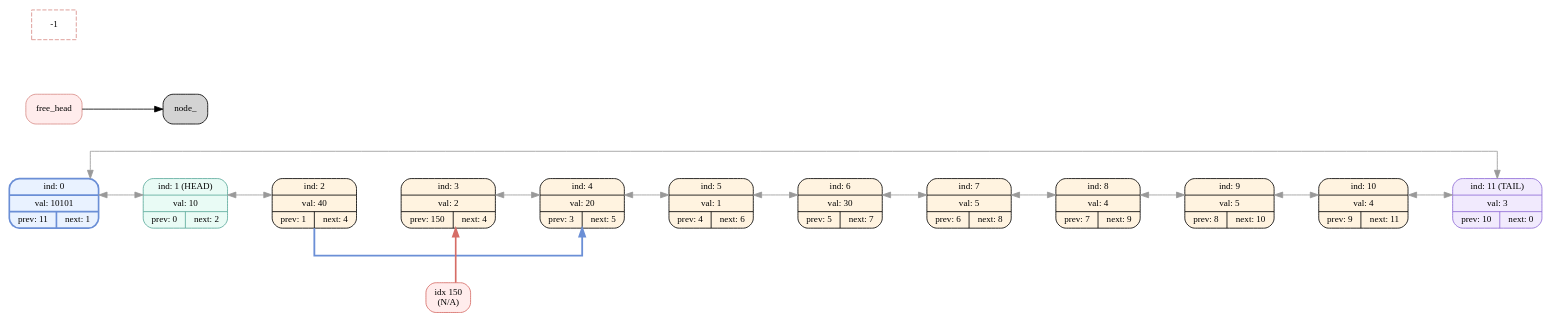
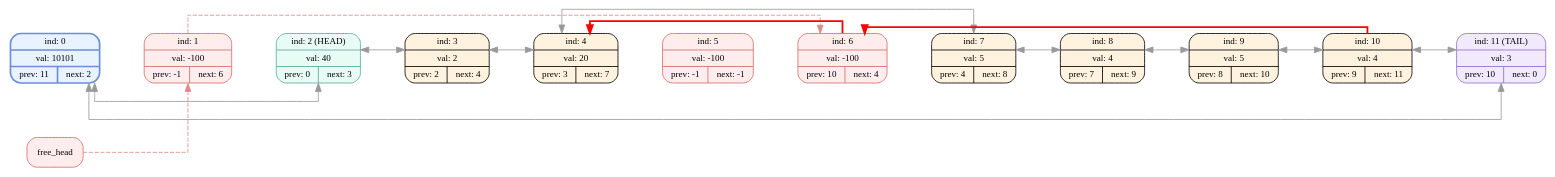
Before and after one commit to EvilTomato9890/DEAD_List: the diagram in dumps/dump_006.dot, drawn with Graphviz. The commit also changed 41 other files, not shown here.

```diff
--- a/dumps/dump_006.dot
+++ b/dumps/dump_006.dot
@@ -1,48 +1,44 @@
 digraph G{
   rankdir=LR;
   splines=ortho;
   nodesep=0.9;
   ranksep=0.75;
   node [fontname="Fira Mono",shape=record,style="filled,rounded",fontsize=11];
-  node_0[shape=record,label="ind: 0 | val: 10101 | { prev: 11 | next: 1 }",color="#6b8fd6",style="filled,bold,rounded",fillcolor="#e9f2ff"];
-  node_1[shape=record,label=" ind: 1 (HEAD) | val: 10 | { prev: 0 | next: 2 } ",color="#5aa99b",fillcolor="#e9fbf5"];
-  node_2[shape=record,label=" ind: 2 | val: 40 | { prev: 1 | next: 4 } ",color="#000000",fillcolor="#fff3e0"];
-  node_3[shape=record,label=" ind: 3 | val: 2 | { prev: 150 | next: 4 } ",color="#000000",fillcolor="#fff3e0"];
-  node_4[shape=record,label=" ind: 4 | val: 20 | { prev: 3 | next: 5 } ",color="#000000",fillcolor="#fff3e0"];
-  node_5[shape=record,label=" ind: 5 | val: 1 | { prev: 4 | next: 6 } ",color="#000000",fillcolor="#fff3e0"];
-  node_6[shape=record,label=" ind: 6 | val: 30 | { prev: 5 | next: 7 } ",color="#000000",fillcolor="#fff3e0"];
-  node_7[shape=record,label=" ind: 7 | val: 5 | { prev: 6 | next: 8 } ",color="#000000",fillcolor="#fff3e0"];
+  node_0[shape=record,label="ind: 0 | val: 10101 | { prev: 11 | next: 2 }",color="#6b8fd6",style="filled,bold,rounded",fillcolor="#e9f2ff"];
+  node_1[shape=record,label=" ind: 1 | val: -100 | { prev: -1 | next: 6 } ",style="filled,rounded",color="#d66d66",fillcolor="#ffecec"];
+  node_2[shape=record,label=" ind: 2 (HEAD) | val: 40 | { prev: 0 | next: 3 } ",color="#5aa99b",fillcolor="#e9fbf5"];
+  node_3[shape=record,label=" ind: 3 | val: 2 | { prev: 2 | next: 4 } ",color="#000000",fillcolor="#fff3e0"];
+  node_4[shape=record,label=" ind: 4 | val: 20 | { prev: 3 | next: 7 } ",color="#000000",fillcolor="#fff3e0"];
+  node_5[shape=record,label=" ind: 5 | val: -100 | { prev: -1 | next: -1 } ",style="filled,rounded",color="#d66d66",fillcolor="#ffecec"];
+  node_6[shape=record,label=" ind: 6 | val: -100 | { prev: 10 | next: 4 } ",style="filled,rounded",color="#d66d66",fillcolor="#ffecec"];
+  node_7[shape=record,label=" ind: 7 | val: 5 | { prev: 4 | next: 8 } ",color="#000000",fillcolor="#fff3e0"];
   node_8[shape=record,label=" ind: 8 | val: 4 | { prev: 7 | next: 9 } ",color="#000000",fillcolor="#fff3e0"];
   node_9[shape=record,label=" ind: 9 | val: 5 | { prev: 8 | next: 10 } ",color="#000000",fillcolor="#fff3e0"];
   node_10[shape=record,label=" ind: 10 | val: 4 | { prev: 9 | next: 11 } ",color="#000000",fillcolor="#fff3e0"];
   node_11[shape=record,label=" ind: 11 (TAIL) | val: 3 | { prev: 10 | next: 0 } ",color="#8e6bd6",fillcolor="#f1eafd"];
   node_0 -> node_1 [weight=1000,style=invis];
   node_1 -> node_2 [weight=1000,style=invis];
   node_2 -> node_3 [weight=1000,style=invis];
   node_3 -> node_4 [weight=1000,style=invis];
   node_4 -> node_5 [weight=1000,style=invis];
   node_5 -> node_6 [weight=1000,style=invis];
   node_6 -> node_7 [weight=1000,style=invis];
   node_7 -> node_8 [weight=1000,style=invis];
   node_8 -> node_9 [weight=1000,style=invis];
   node_9 -> node_10 [weight=1000,style=invis];
   node_10 -> node_11 [weight=1000,style=invis];
-  node_0 -> node_1 [dir=both, color="#999999", constraint=false];
-  node_1 -> node_2 [dir=both, color="#999999", constraint=false];
-  node_2 -> node_4 [color="#6b8fd6", penwidth=2.2, constraint=false];
+  node_1 -> node_6 [color="#d88d88", style=dashed, constraint=false];
+  node_0 -> node_2 [dir=both, color="#999999", constraint=false];
+  node_2 -> node_3 [dir=both, color="#999999", constraint=false];
   node_3 -> node_4 [dir=both, color="#999999", constraint=false];
-  node_4 -> node_5 [dir=both, color="#999999", constraint=false];
-  node_5 -> node_6 [dir=both, color="#999999", constraint=false];
-  node_6 -> node_7 [dir=both, color="#999999", constraint=false];
+  node_4 -> node_7 [dir=both, color="#999999", constraint=false];
+  node_6 -> node_4 [color="#ff0000", penwidth=2.2, constraint=false];
   node_7 -> node_8 [dir=both, color="#999999", constraint=false];
   node_8 -> node_9 [dir=both, color="#999999", constraint=false];
   node_9 -> node_10 [dir=both, color="#999999", constraint=false];
   node_10 -> node_11 [dir=both, color="#999999", constraint=false];
   node_11 -> node_0 [dir=both, color="#999999", constraint=false];
-  node_bad_p_3 [label="idx 150\n(N/A)",shape=rectangle,style="filled,rounded",color="#d66d66",fillcolor="#ffecec"];
-  node_bad_p_3 -> node_3 [style="bold", color="#d66d66", constraint=false];
-  node_3 -> node_bad_p_3 [style=invis, constraint=true, weight=60, minlen=1];
-  {rank=same; node_3; node_bad_p_3;}
-  node_free [label=free_head,color="#d88d88",shape=rectangle,style="filled,rounded",fillcolor="#ffecec"];
-  node_free -> node_-1 [color="#d88d88", style=dashed, constraint=false];
+  node_10 -> node_6 [color="#ff0000", penwidth=2.2, constraint=false];
+  node_free [label=free_head,color="#d66d66",shape=rectangle,style="filled,rounded",fillcolor="#ffecec"];
+  node_free -> node_1 [color="#d88d88", style=dashed, constraint=false];
 }
```
